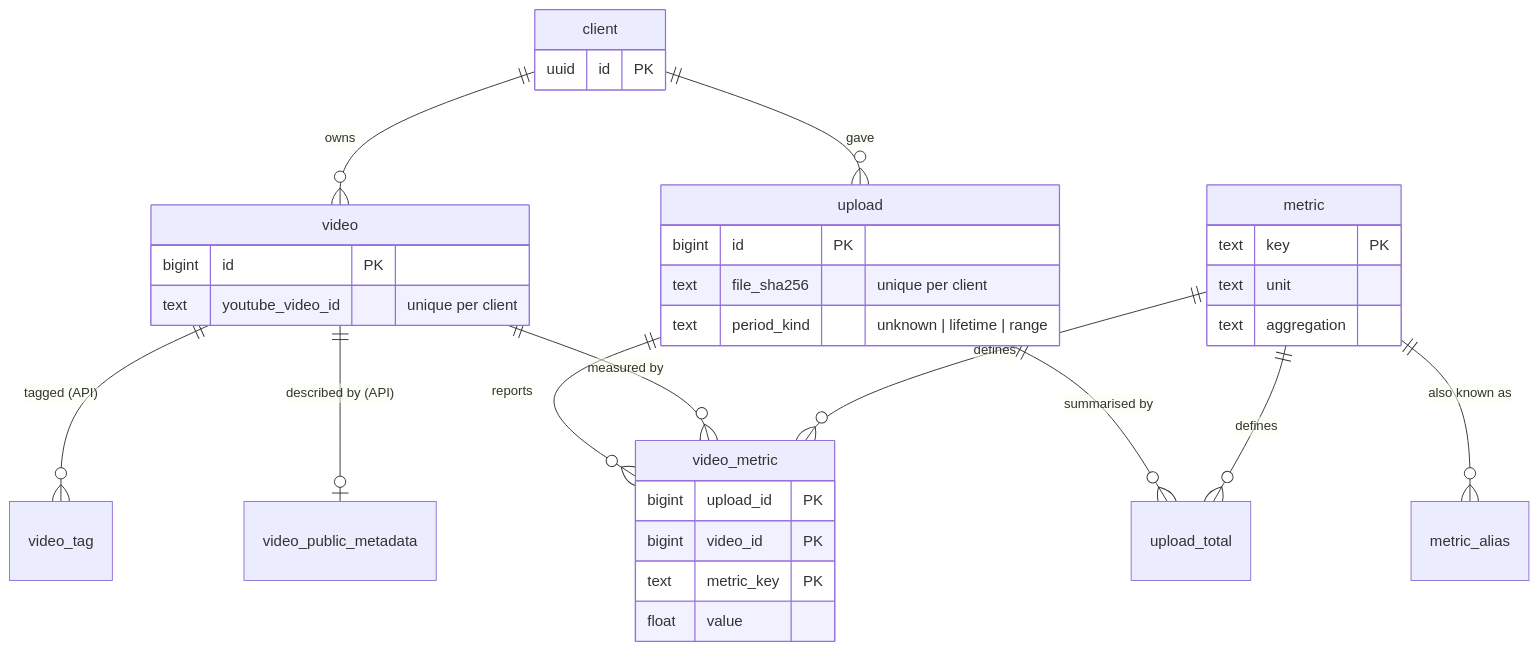
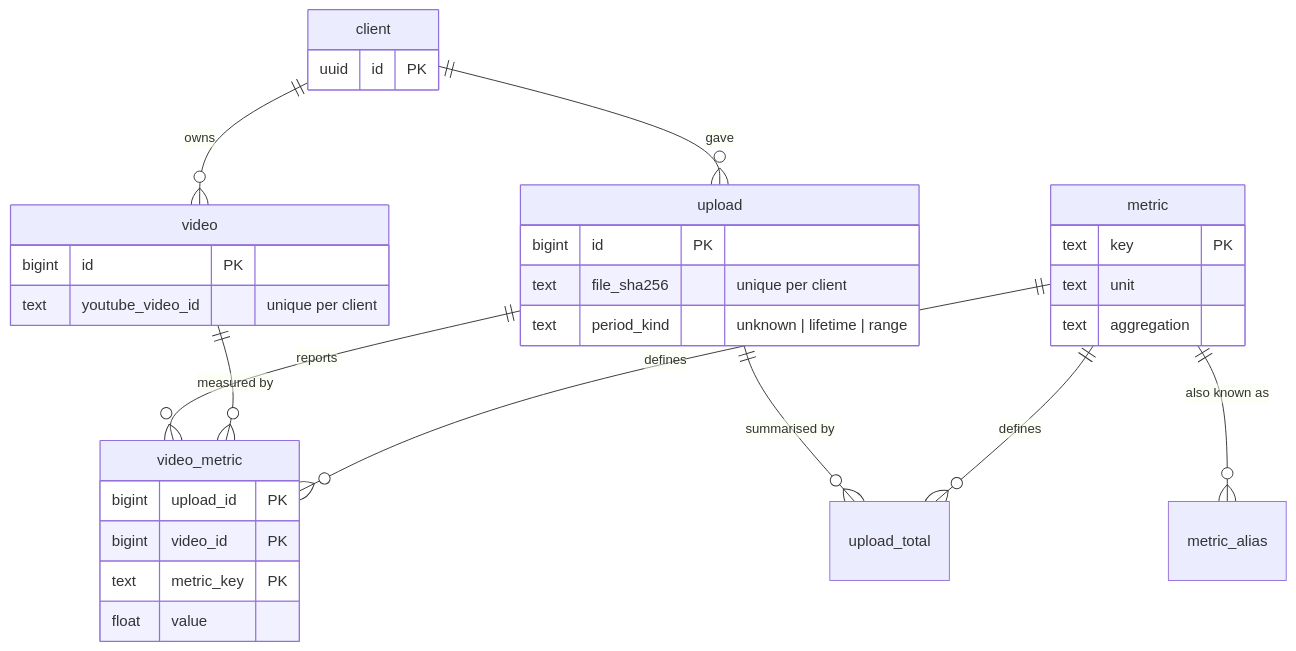
Before and after one commit to MalcolmZyx/YouTube-Tool: the diagram in docs/concepts/data-model.md, drawn with Mermaid. The commit also changed other lines of this file and 20 other files, not shown here.

````diff
--- a/docs/concepts/data-model.md
+++ b/docs/concepts/data-model.md
@@ -10,27 +10,25 @@
 ```mermaid
 erDiagram
     client ||--o{ upload : "gave"
     client ||--o{ video : "owns"
     upload ||--o{ video_metric : "reports"
     upload ||--o{ upload_total : "summarised by"
     video  ||--o{ video_metric : "measured by"
-    video  ||--o| video_public_metadata : "described by (API)"
-    video  ||--o{ video_tag : "tagged (API)"
     metric ||--o{ video_metric : "defines"
     metric ||--o{ upload_total : "defines"
     metric ||--o{ metric_alias : "also known as"
 
     client { uuid id PK }
     upload { bigint id PK
              text file_sha256 "unique per client"
              text period_kind "unknown | lifetime | range" }
     video  { bigint id PK
              text youtube_video_id "unique per client" }
     video_metric { bigint upload_id PK
                    bigint video_id PK
                    text metric_key PK
                    float value }
     metric { text key PK
              text unit
              text aggregation }
 ```
````
